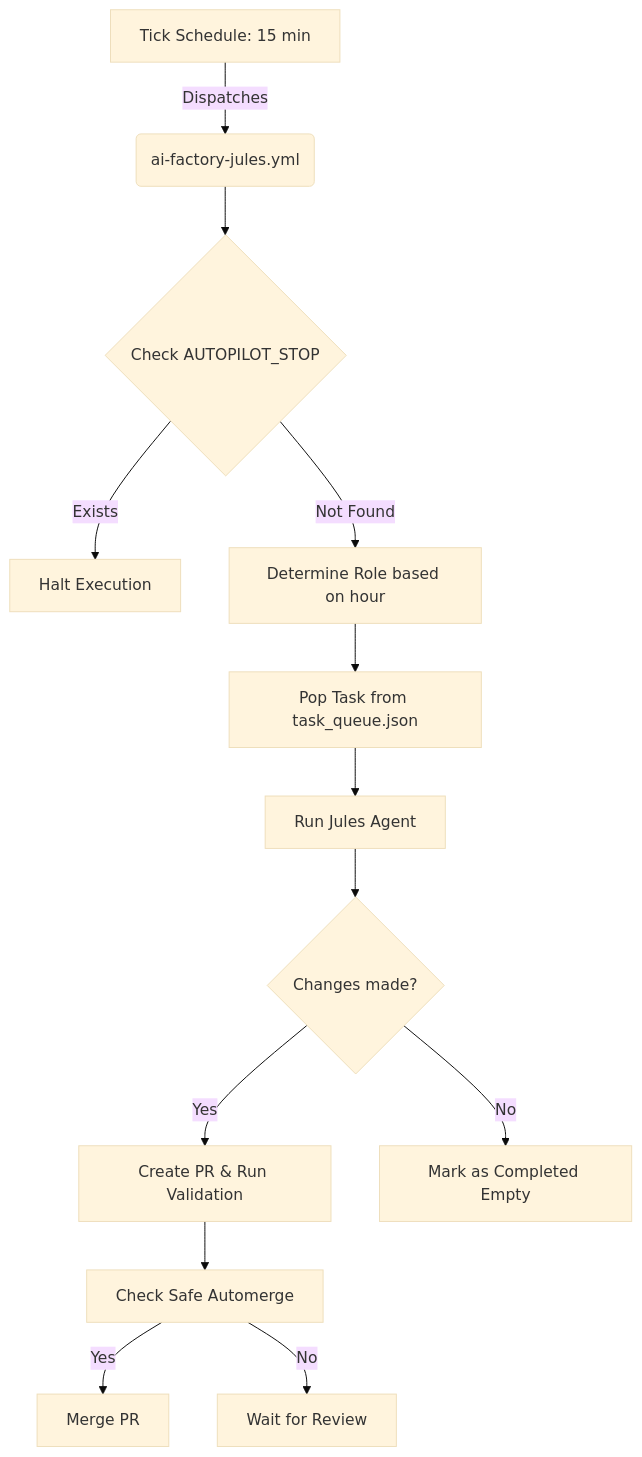
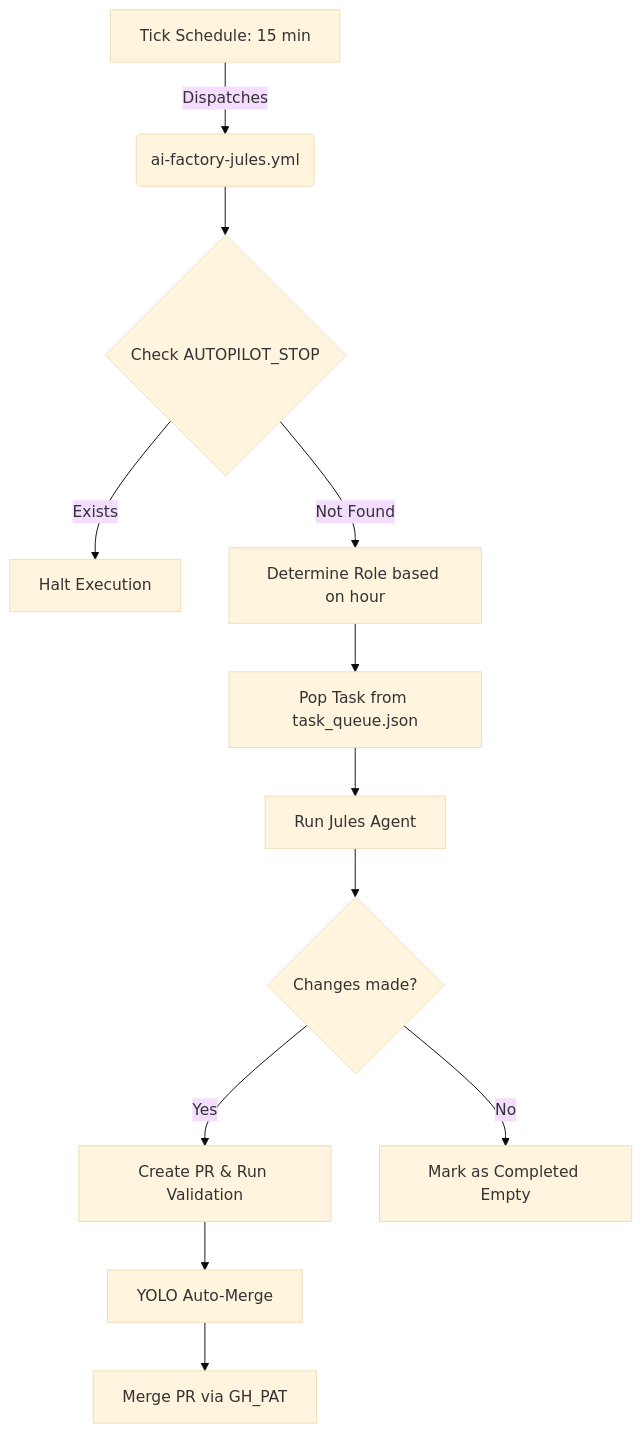
Before and after one commit to Helloguys3324/orchestratot: the third of 3 diagrams in README.md, drawn with Mermaid (base theme). The commit also changed other lines of this file and 4 other files, not shown here.

````diff
--- a/README.md
+++ b/README.md
@@ -89,15 +87,14 @@
 ```mermaid
 flowchart TD
     A[Tick Schedule: 15 min] -->|Dispatches| B(ai-factory-jules.yml)
     B --> C{Check AUTOPILOT_STOP}
     C -- Exists --> D[Halt Execution]
     C -- Not Found --> E[Determine Role based on hour]
     E --> F[Pop Task from task_queue.json]
     F --> G[Run Jules Agent]
     G --> H{Changes made?}
     H -- Yes --> I[Create PR & Run Validation]
     H -- No --> J[Mark as Completed Empty]
-    I --> K[Check Safe Automerge]
-    K -- Yes --> L[Merge PR]
-    K -- No --> M[Wait for Review]
+    I --> K[YOLO Auto-Merge]
+    K --> L[Merge PR via GH_PAT]
 ```
````
